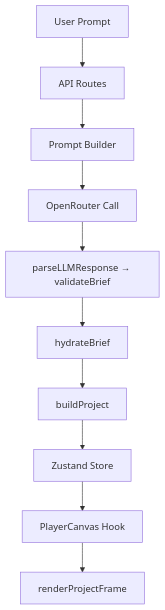
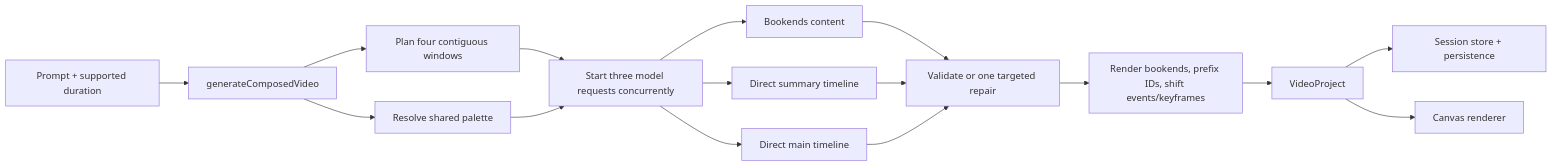
One commit to kirank55/videogpt changed the diagram in docs/architecture.md. Above: the diagram before and after it, drawn with Mermaid. The commit also changed other lines of this file and 91 other files, not shown here.

````diff
--- a/docs/architecture.md
+++ b/docs/architecture.md
@@ -11,12 +5,18 @@
 ```mermaid
-graph TD
-    UserPrompt["User Prompt"] --> API["API Routes"]
-    API --> Prompts["Prompt Builder"]
-    Prompts --> OpenRouter["OpenRouter Call"]
-    OpenRouter --> ValidateBrief["parseLLMResponse → validateBrief"]
-    ValidateBrief --> HydrateBrief["hydrateBrief"]
-    HydrateBrief --> ExpandBrief["buildProject"]
-    ExpandBrief --> StateStore["Zustand Store"]
-    StateStore --> ReactView["PlayerCanvas Hook"]
-    ReactView --> RenderLoop["renderProjectFrame"]
+flowchart LR
+    Request["Prompt + supported duration"] --> Composer["generateComposedVideo"]
+    Composer --> Windows["Plan four contiguous windows"]
+    Composer --> Palette["Resolve shared palette"]
+    Windows --> Calls["Start three model requests concurrently"]
+    Palette --> Calls
+    Calls --> Bookends["Bookends content"]
+    Calls --> Summary["Direct summary timeline"]
+    Calls --> Main["Direct main timeline"]
+    Bookends --> Validate["Validate or one targeted repair"]
+    Summary --> Validate
+    Main --> Validate
+    Validate --> Compose["Render bookends, prefix IDs, shift events/keyframes"]
+    Compose --> Project["VideoProject"]
+    Project --> Store["Session store + persistence"]
+    Project --> Canvas["Canvas renderer"]
 ```
````
